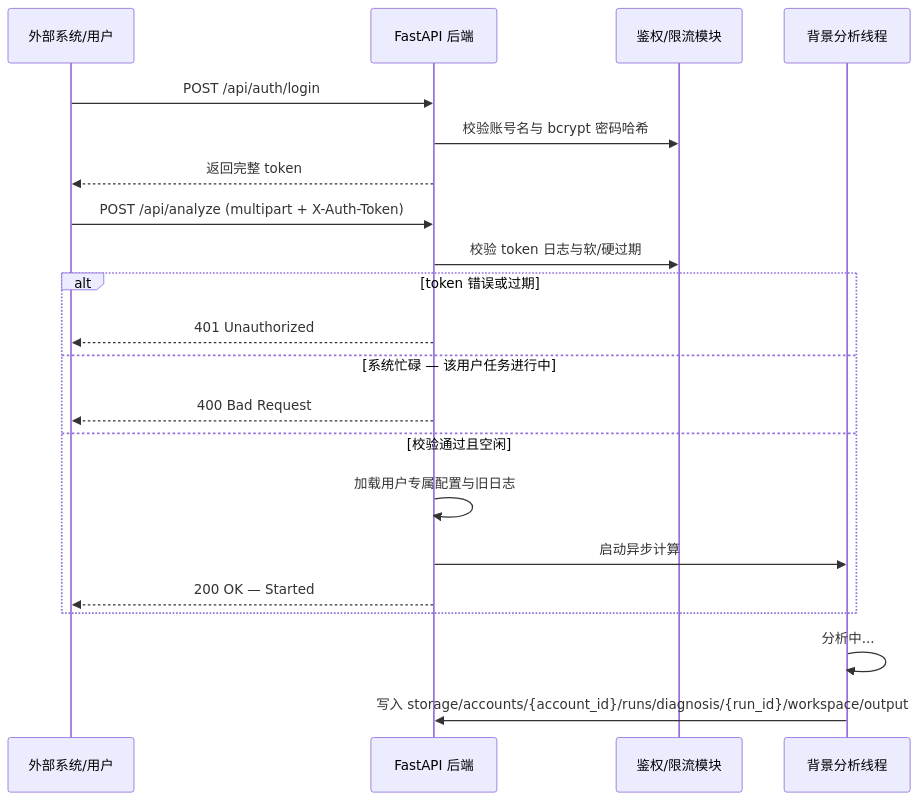
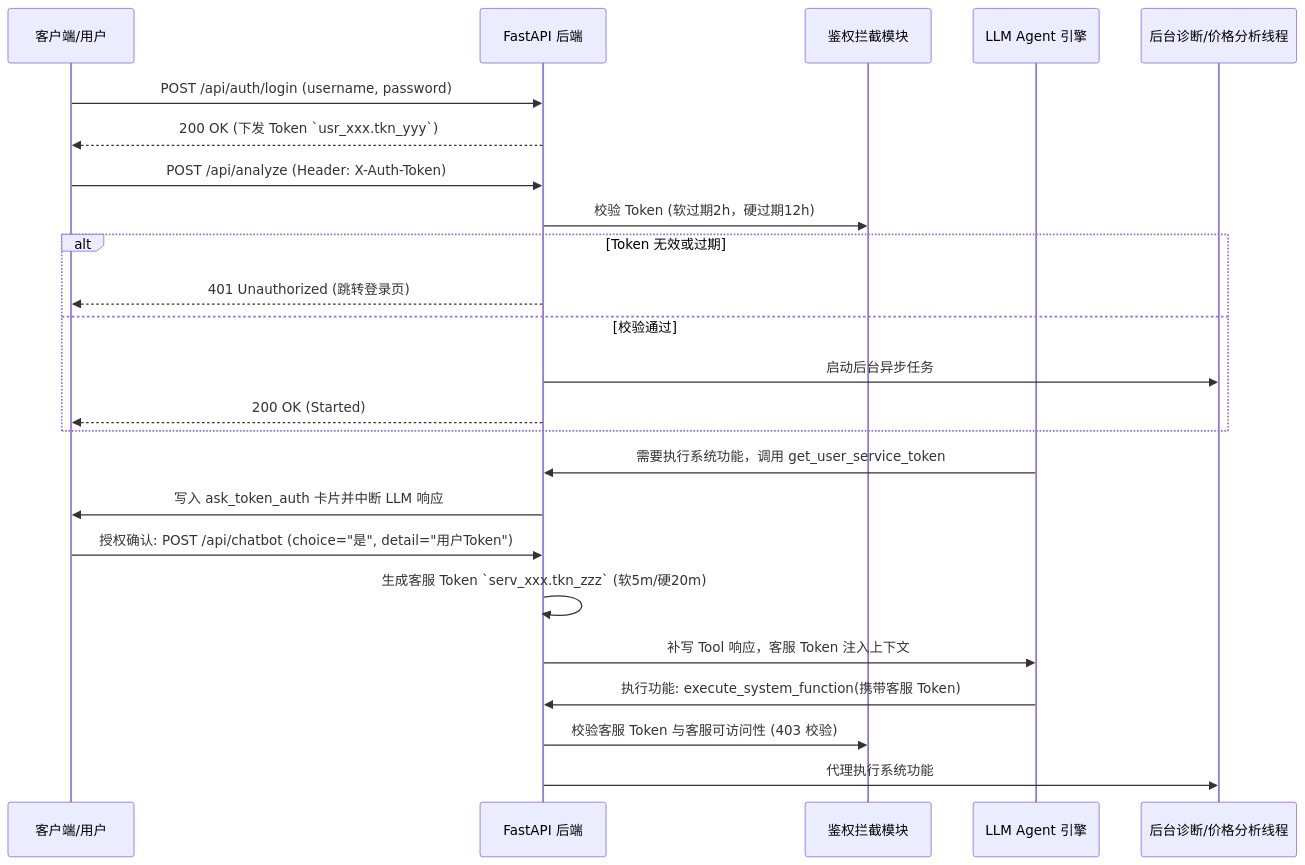
One commit to FuLuTang/AI-Store-Analysis-System changed the diagram in docs/API接口设计方案.md. Above: the diagram before and after it, drawn with Mermaid. The commit also changed other lines of this file and 23 other files, not shown here.

````diff
--- a/docs/API接口设计方案.md
+++ b/docs/API接口设计方案.md
@@ -7,25 +9,32 @@
 ```mermaid
 sequenceDiagram
-    participant Client as 外部系统/用户
+    participant Client as 客户端/用户
     participant API as FastAPI 后端
-    participant Auth as 鉴权/限流模块
-    participant Worker as 背景分析线程
+    participant Auth as 鉴权拦截模块
+    participant LLM as LLM Agent 引擎
+    participant Worker as 后台诊断/价格分析线程
 
-    Client->>API: POST /api/auth/login
-    API->>Auth: 校验账号名与 bcrypt 密码哈希
-    API-->>Client: 返回完整 token
-    Client->>API: POST /api/analyze (multipart + X-Auth-Token)
-    API->>Auth: 校验 token 日志与软/硬过期
-    alt token 错误或过期
-        API-->>Client: 401 Unauthorized
-    else 系统忙碌 — 该用户任务进行中
-        API-->>Client: 400 Bad Request
-    else 校验通过且空闲
-        API->>API: 加载用户专属配置与旧日志
-        API->>Worker: 启动异步计算
-        API-->>Client: 200 OK — Started
+    %% 登录与 Token 发放
+    Client->>API: POST /api/auth/login (username, password)
+    API-->>Client: 200 OK (下发 Token `usr_xxx.tkn_yyy`)
+
+    %% 普通 API 访问
+    Client->>API: POST /api/analyze (Header: X-Auth-Token)
+    API->>Auth: 校验 Token (软过期2h，硬过期12h)
+    alt Token 无效或过期
+        API-->>Client: 401 Unauthorized (跳转登录页)
+    else 校验通过
+        API->>Worker: 启动后台异步任务
+        API-->>Client: 200 OK (Started)
     end
 
-    Worker->>Worker: 分析中...
-    Worker->>API: 写入 storage/accounts/{account_id}/runs/diagnosis/{run_id}/workspace/output
+    %% 客服代理授权
+    LLM->>API: 需要执行系统功能，调用 get_user_service_token
+    API->>Client: 写入 ask_token_auth 卡片并中断 LLM 响应
+    Client->>API: 授权确认: POST /api/chatbot (choice="是", detail="用户Token")
+    API->>API: 生成客服 Token `serv_xxx.tkn_zzz` (软5m/硬20m)
+    API->>LLM: 补写 Tool 响应，客服 Token 注入上下文
+    LLM->>API: 执行功能: execute_system_function(携带客服 Token)
+    API->>Auth: 校验客服 Token 与客服可访问性 (403 校验)
+    API->>Worker: 代理执行系统功能
 ```
````
